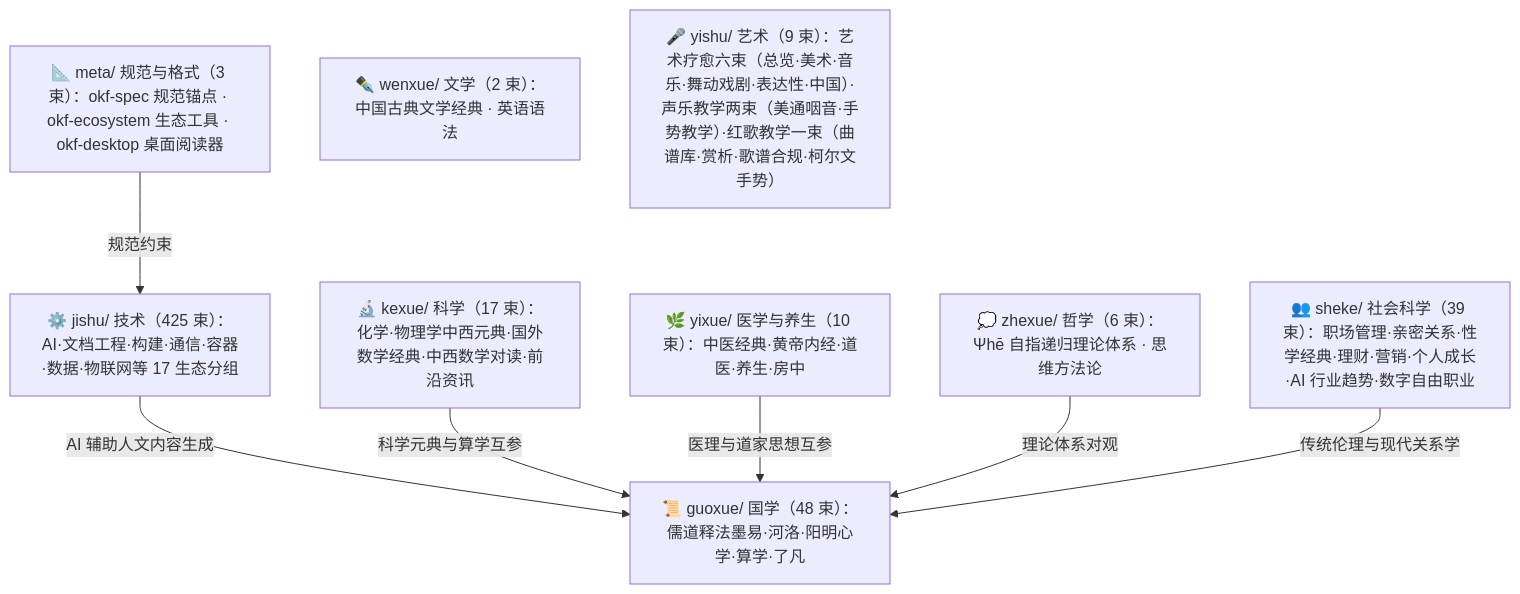
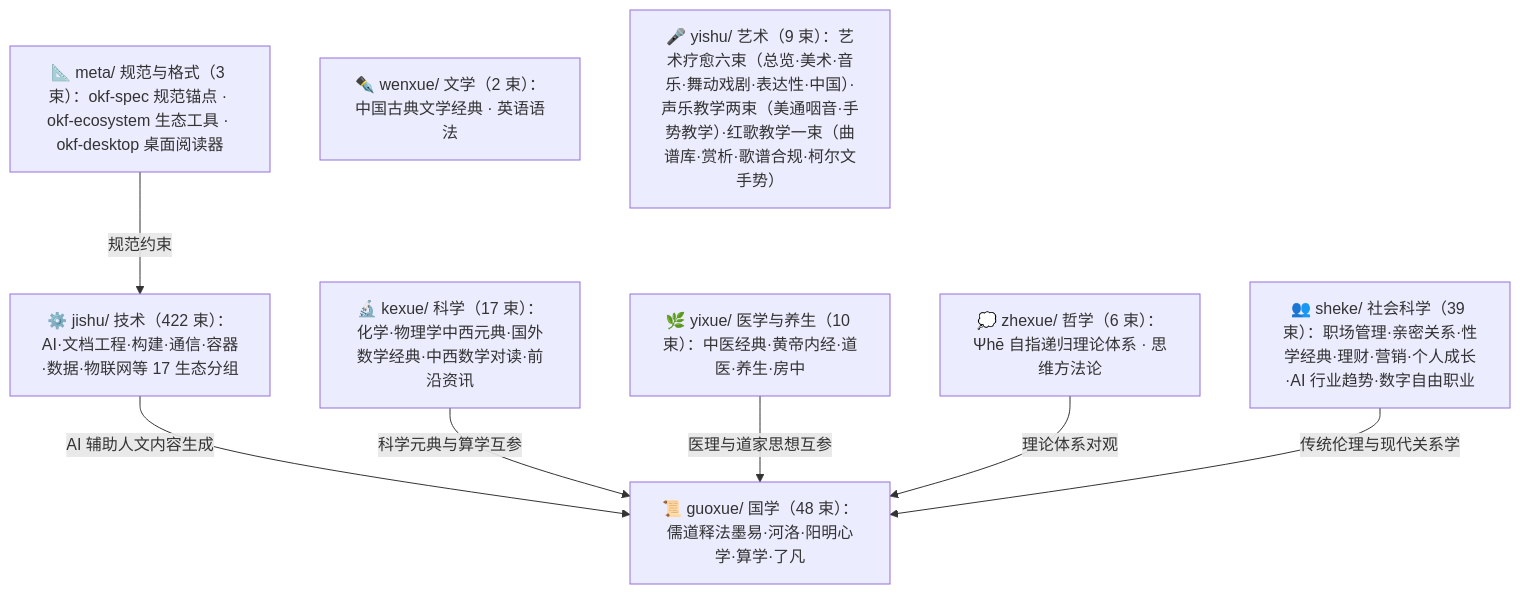
Before and after one commit to awesome-flexloop/awesome-okf: the diagram in doc/bundles/index.md, drawn with Mermaid. The commit also changed other lines of this file and 3 other files, not shown here.

````diff
--- a/doc/bundles/index.md
+++ b/doc/bundles/index.md
@@ -21,18 +21,18 @@
 ```mermaid
 flowchart TD
     meta["📐 meta/ 规范与格式（3 束）：okf-spec 规范锚点 · okf-ecosystem 生态工具 · okf-desktop 桌面阅读器"]
     guoxue["📜 guoxue/ 国学（48 束）：儒道释法墨易·河洛·阳明心学·算学·了凡"]
     zhexue["💭 zhexue/ 哲学（6 束）：Ψhē 自指递归理论体系 · 思维方法论"]
     kexue["🔬 kexue/ 科学（17 束）：化学·物理学中西元典·国外数学经典·中西数学对读·前沿资讯"]
     wenxue["✒️ wenxue/ 文学（2 束）：中国古典文学经典 · 英语语法"]
     yixue["🌿 yixue/ 医学与养生（10 束）：中医经典·黄帝内经·道医·养生·房中"]
     sheke["👥 sheke/ 社会科学（39 束）：职场管理·亲密关系·性学经典·理财·营销·个人成长·AI 行业趋势·数字自由职业"]
     yishu["🎤 yishu/ 艺术（9 束）：艺术疗愈六束（总览·美术·音乐·舞动戏剧·表达性·中国）·声乐教学两束（美通咽音·手势教学）·红歌教学一束（曲谱库·赏析·歌谱合规·柯尔文手势）"]
-    jishu["⚙️ jishu/ 技术（425 束）：AI·文档工程·构建·通信·容器·数据·物联网等 17 生态分组"]
+    jishu["⚙️ jishu/ 技术（422 束）：AI·文档工程·构建·通信·容器·数据·物联网等 17 生态分组"]
     meta -->|"规范约束"| jishu
     jishu -->|"AI 辅助人文内容生成"| guoxue
     kexue -->|"科学元典与算学互参"| guoxue
     yixue -->|"医理与道家思想互参"| guoxue
     zhexue -->|"理论体系对观"| guoxue
     sheke -->|"传统伦理与现代关系学"| guoxue
 ```
````
